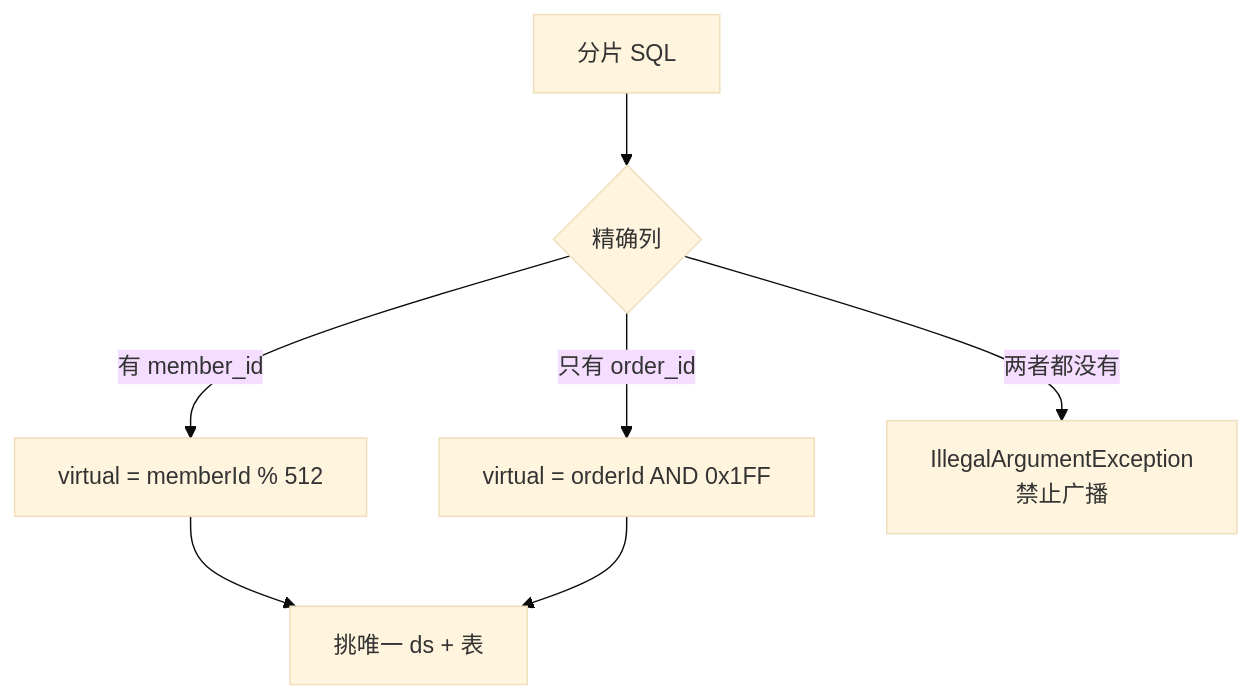
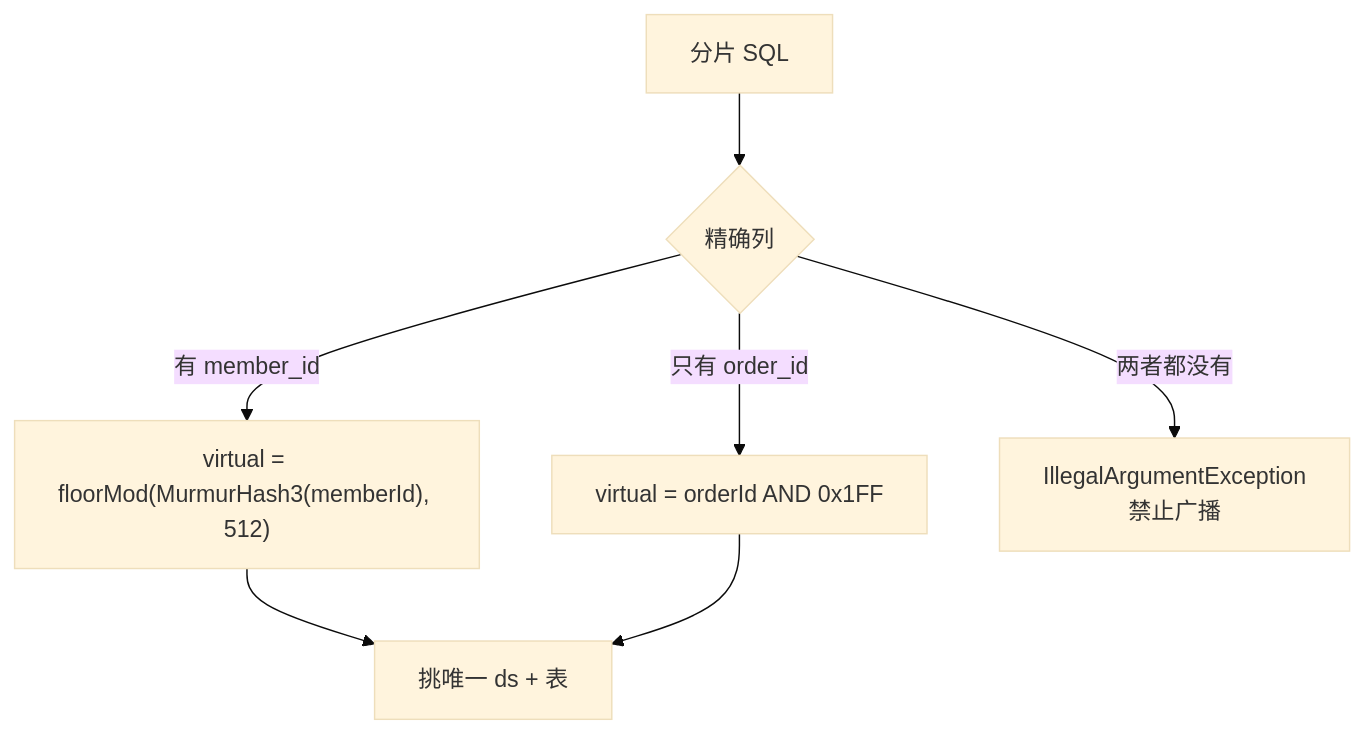
Before and after one commit to jasonsoso/spring-ai-demo: the third of 4 diagrams in demo2/docs/superpowers/archive/2026-08-30-order-sharding-gene.md, drawn with Mermaid (base theme). The commit also changed other lines of this file and 19 other files, not shown here.

````diff
--- a/demo2/docs/superpowers/archive/2026-08-30-order-sharding-gene.md
+++ b/demo2/docs/superpowers/archive/2026-08-30-order-sharding-gene.md
@@ -121,9 +142,9 @@
 ```mermaid
 flowchart TD
   SQL[分片 SQL] --> COL{精确列}
-  COL -->|有 member_id| MV["virtual = memberId % 512"]
+  COL -->|有 member_id| MV["virtual = floorMod(MurmurHash3(memberId), 512)"]
   COL -->|只有 order_id| OV["virtual = orderId AND 0x1FF"]
   COL -->|两者都没有| ERR[IllegalArgumentException\n禁止广播]
   MV --> PICK[挑唯一 ds + 表]
   OV --> PICK
 ```
````
